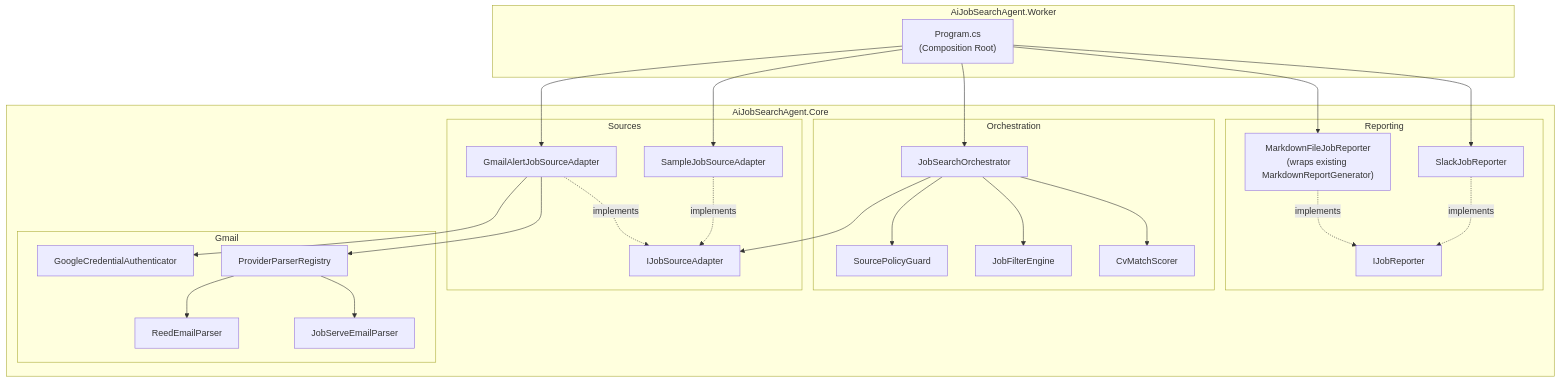
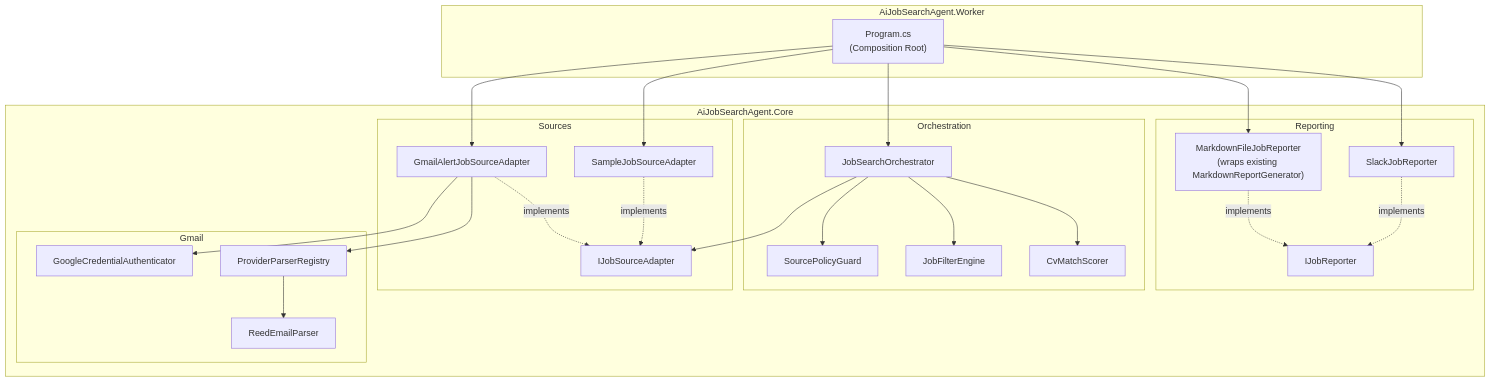
The second of 11 diagrams in docs/gmail-slack-integration.md (ekanatha-urivakili/AiJobSearchAgent), drawn with Mermaid before and after one commit. The commit also changed other lines of this file and 19 other files, not shown here.

````diff
--- a/docs/gmail-slack-integration.md
+++ b/docs/gmail-slack-integration.md
@@ -64,55 +78,53 @@
 ```mermaid
 graph TB
     subgraph Worker["AiJobSearchAgent.Worker"]
         P["Program.cs\n(Composition Root)"]
     end
 
     subgraph Core["AiJobSearchAgent.Core"]
         subgraph Sources
             ISA["IJobSourceAdapter"]
             GJSA["GmailAlertJobSourceAdapter"]
             SJSA["SampleJobSourceAdapter"]
         end
 
         subgraph Orchestration
             JO["JobSearchOrchestrator"]
             SPG["SourcePolicyGuard"]
             JFE["JobFilterEngine"]
             CMS["CvMatchScorer"]
         end
 
         subgraph Reporting
             IJR["IJobReporter"]
             MFR["MarkdownFileJobReporter\n(wraps existing MarkdownReportGenerator)"]
             SJR["SlackJobReporter"]
         end
 
         subgraph Gmail
             GCA["GoogleCredentialAuthenticator"]
             PRP["ProviderParserRegistry"]
             REP["ReedEmailParser"]
-            JSP["JobServeEmailParser"]
         end
     end
 
     P --> GJSA
     P --> SJSA
     P --> JO
     P --> MFR
     P --> SJR
 
     GJSA --> GCA
     GJSA --> PRP
     PRP --> REP
-    PRP --> JSP
 
     JO --> ISA
     JO --> SPG
     JO --> JFE
     JO --> CMS
 
     GJSA -.->|implements| ISA
     SJSA -.->|implements| ISA
     MFR -.->|implements| IJR
     SJR -.->|implements| IJR
 ```
````
